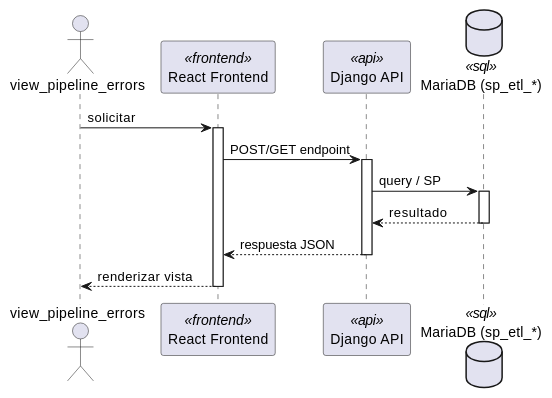
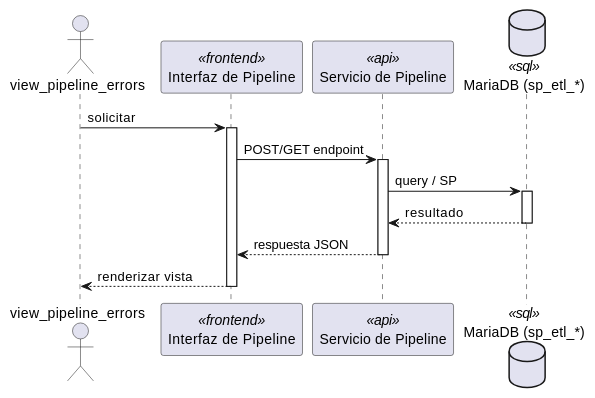
Before and after one commit to jcg-admin/IACT-docs: the first of 2 diagrams in source/arquitectura-tecnica/DesignView/pip-02.rst, drawn with PlantUML. The commit also changed other lines of this file and 243 other files, not shown here.

First line of the commit message:
Add missing diagrams and fix participant names across Kruchten views

```diff
--- a/source/arquitectura-tecnica/DesignView/pip-02.rst
+++ b/source/arquitectura-tecnica/DesignView/pip-02.rst
@@ -22,28 +22,28 @@
 .. uml::
  :caption: UC_PIP_02 — Design View (secuencia)
 
  @startuml
 
  actor "view_pipeline_errors" as view_pipeline_errors
- participant "React Frontend" as Frontend <<frontend>>
- participant "Django API" as APIServer <<api>>
- database "MariaDB (sp_etl_*)" as BaseDatos <<sql>>
+ participant "Interfaz de Pipeline" as Iface <<frontend>>
+ participant "Servicio de Pipeline" as SvcNode <<api>>
+ database "MariaDB (sp_etl_*)" as Store <<sql>>
 
- view_pipeline_errors -> Frontend : solicitar
- activate Frontend
+ view_pipeline_errors -> Iface : solicitar
+ activate Iface
 
- Frontend -> APIServer : POST/GET endpoint
- activate APIServer
+ Iface -> SvcNode : POST/GET endpoint
+ activate SvcNode
 
- APIServer -> BaseDatos : query / SP
- activate BaseDatos
- BaseDatos --> APIServer : resultado
- deactivate BaseDatos
+ SvcNode -> Store : query / SP
+ activate Store
+ Store --> SvcNode : resultado
+ deactivate Store
 
- APIServer --> Frontend : respuesta JSON
- deactivate APIServer
+ SvcNode --> Iface : respuesta JSON
+ deactivate SvcNode
 
- Frontend --> view_pipeline_errors : renderizar vista
- deactivate Frontend
+ Iface --> view_pipeline_errors : renderizar vista
+ deactivate Iface
 
  @enduml
```
